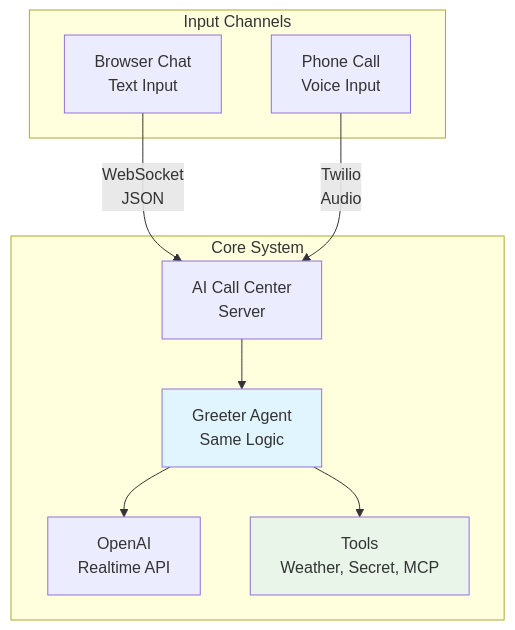
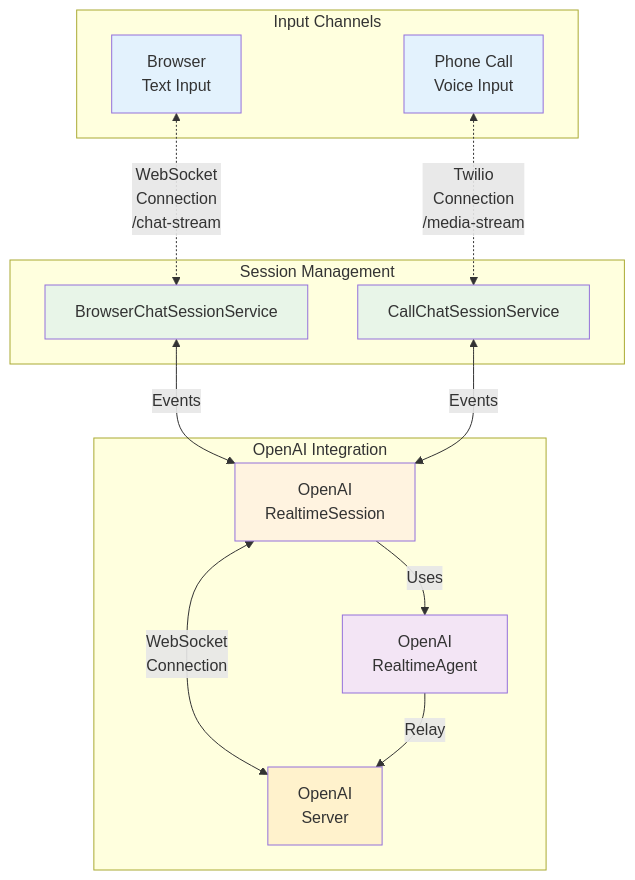
One commit to umairkhancis/ai-call-center changed the fourth of 5 diagrams in SEQUENCE_DIAGRAMS.md. Above: the diagram before and after it, drawn with Mermaid. The commit also changed other lines of this file, not shown here.

````diff
--- a/SEQUENCE_DIAGRAMS.md
+++ b/SEQUENCE_DIAGRAMS.md
@@ -87,23 +130,40 @@
 ```mermaid
 graph TB
     subgraph "Input Channels"
-        Browser[Browser Chat<br/>Text Input]
-        Phone[Phone Call<br/>Voice Input]
+        Browser[Browser<br/>Text Input]
+        PhoneCall[Phone Call<br/>Voice Input]
     end
     
-    subgraph "Core System"
-        Server[AI Call Center<br/>Server]
-        Agent[Greeter Agent<br/>Same Logic]
-        OpenAI[OpenAI<br/>Realtime API]
-        Tools[Tools<br/>Weather, Secret, MCP]
+    subgraph "Session Management"
+        BrowserSession[BrowserChatSessionService]
+        CallSession[CallChatSessionService]
     end
     
-    Browser -->|WebSocket<br/>JSON| Server
-    Phone -->|Twilio<br/>Audio| Server
-    Server --> Agent
-    Agent --> OpenAI
-    Agent --> Tools
+    subgraph "OpenAI Integration"
+        RealtimeSession[OpenAI <br/> RealtimeSession]
+        RealtimeAgent[OpenAI <br/> RealtimeAgent]
+        OpenAIServer[OpenAI<br/>Server]
+    end
     
-    style Agent fill:#e1f5fe
-    style Tools fill:#e8f5e8
+    %% WebSocket connections between input channels and session services
+    Browser <-.->|WebSocket<br/>Connection<br/>/chat-stream| BrowserSession
+    PhoneCall <-.->|Twilio<br/>Connection<br/>/media-stream| CallSession
+    
+    %% Session services to OpenAI components
+    BrowserSession <-->|Events| RealtimeSession
+    CallSession <-->|Events| RealtimeSession
+    
+    %% OpenAI component relationships
+    RealtimeSession -->|Uses| RealtimeAgent
+    RealtimeSession <-->|WebSocket<br/>Connection| OpenAIServer
+    RealtimeAgent -->|Relay| OpenAIServer
+    
+    %% Styling
+    style Browser fill:#e3f2fd
+    style PhoneCall fill:#e3f2fd
+    style BrowserSession fill:#e8f5e8
+    style CallSession fill:#e8f5e8
+    style RealtimeSession fill:#fff3e0
+    style RealtimeAgent fill:#f3e5f5
+    style OpenAIServer fill:#fff2cc
 ```
````
